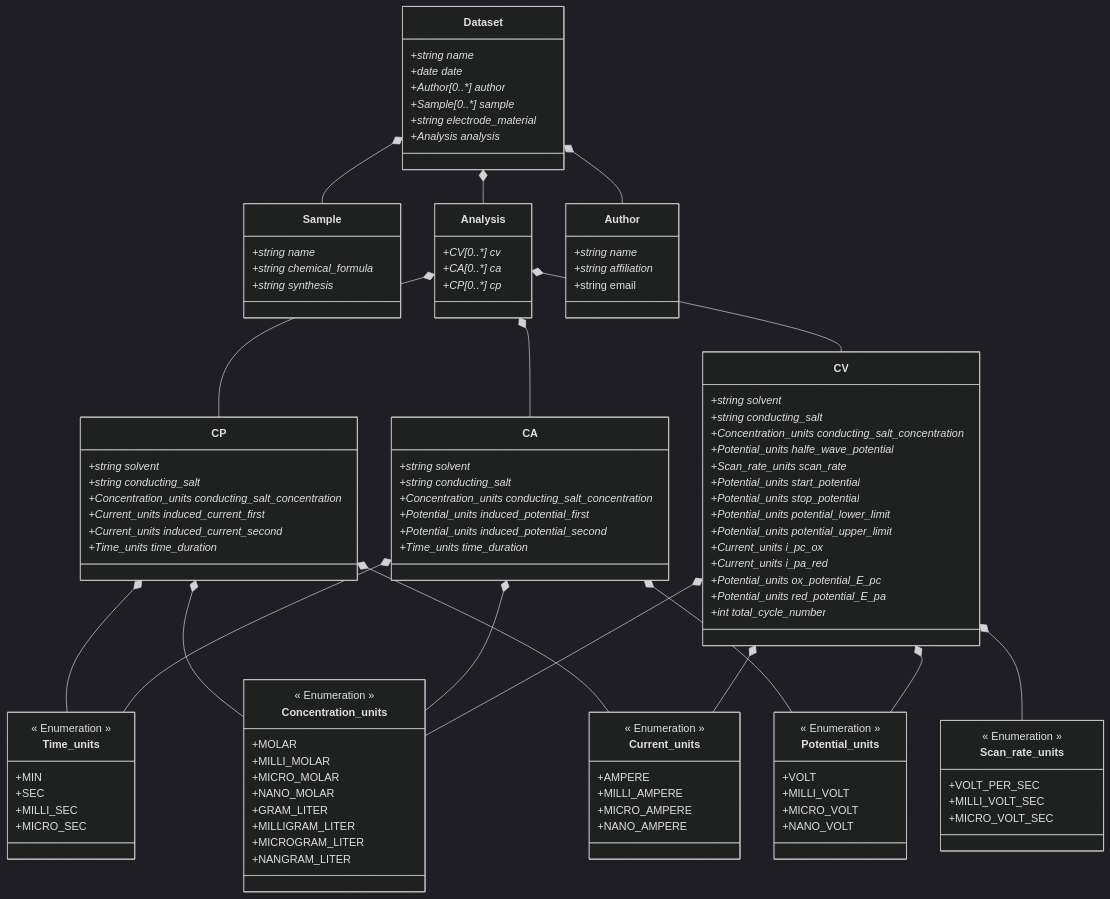
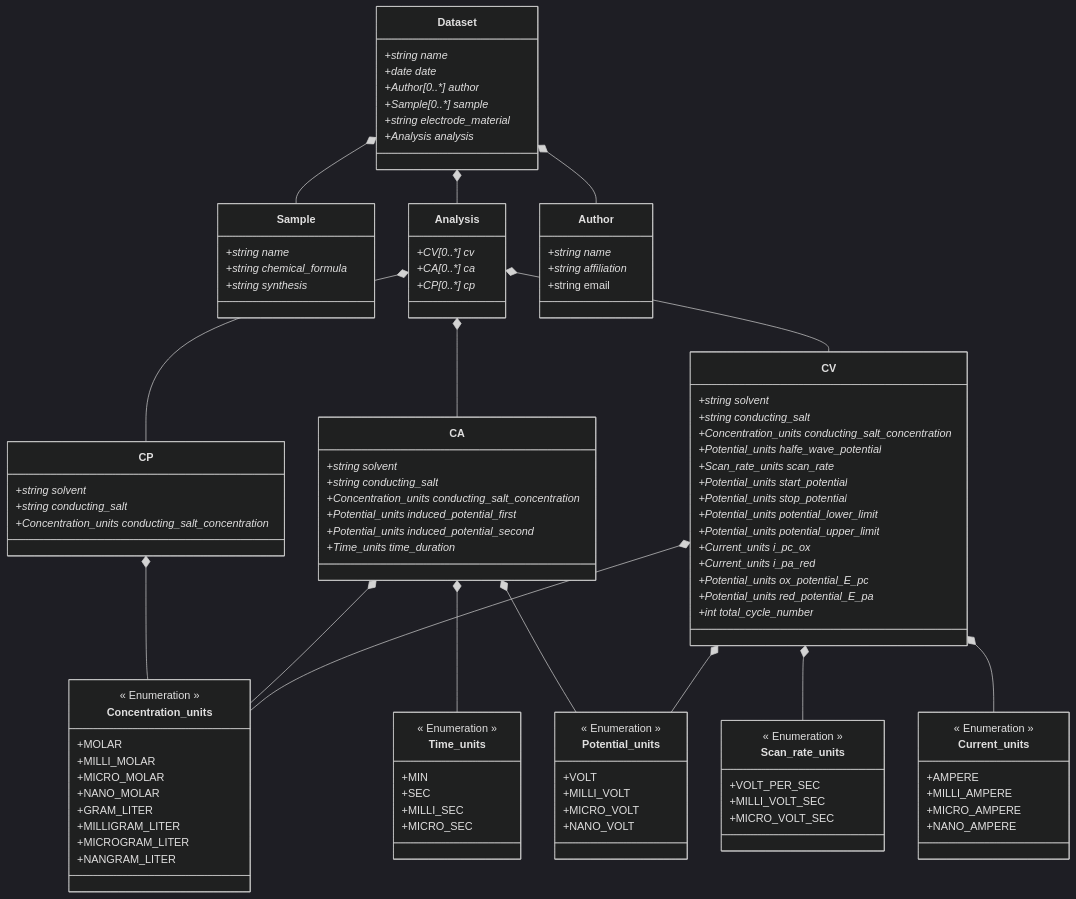
One commit to FAIRChemistry/datamodel-electrochemistry changed the diagram in ElectrochemistryDataModel/schemes/electrochemistrydatamodel_schema.md. Above: the diagram before and after it, drawn with Mermaid (dark theme). The commit also changed 8 other files, not shown here.

```diff
--- a/ElectrochemistryDataModel/schemes/electrochemistrydatamodel_schema.md
+++ b/ElectrochemistryDataModel/schemes/electrochemistrydatamodel_schema.md
@@ -6,9 +6,7 @@
     Analysis *-- CP
     Analysis *-- CA
     Analysis *-- CV
-    CP *-- Time_units
     CP *-- Concentration_units
-    CP *-- Current_units
     CA *-- Time_units
     CA *-- Concentration_units
     CA *-- Potential_units
@@ -42,9 +40,6 @@
         +string solvent*
         +string conducting_salt*
         +Concentration_units conducting_salt_concentration*
-        +Current_units induced_current_first*
-        +Current_units induced_current_second*
-        +Time_units time_duration*
     }
     
     class CA {
```
